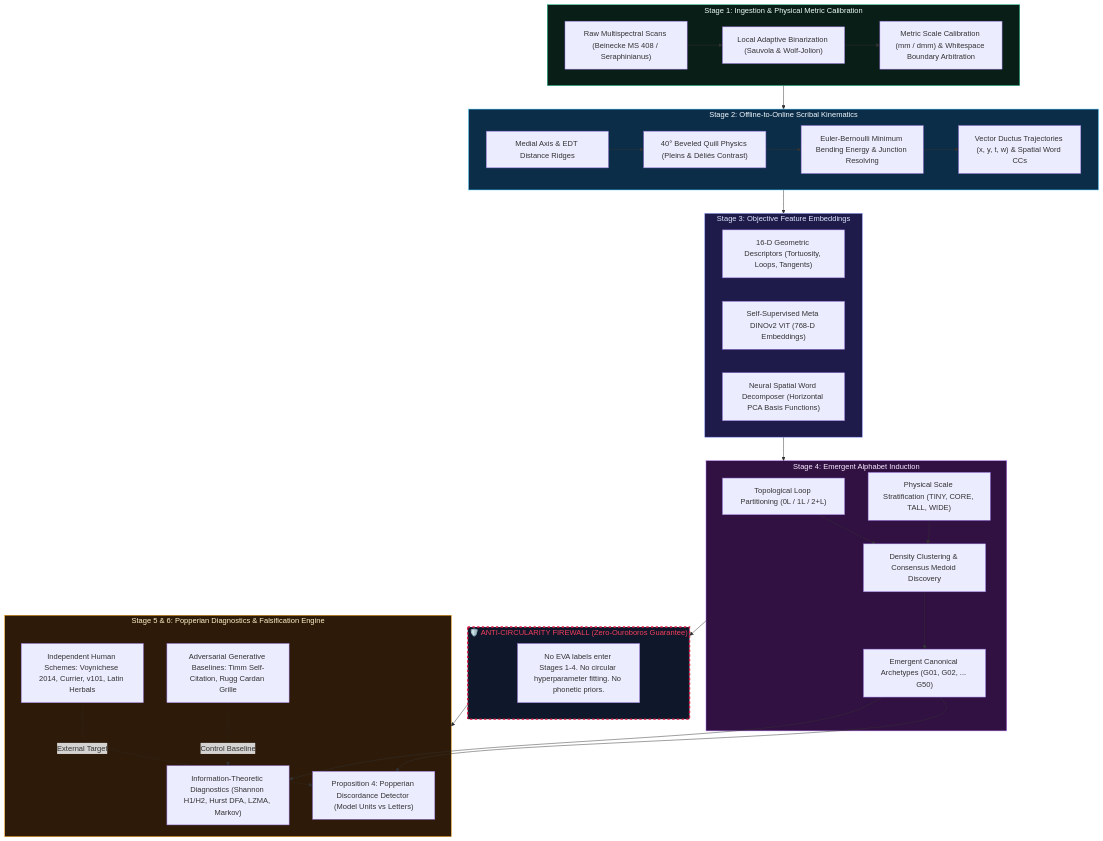
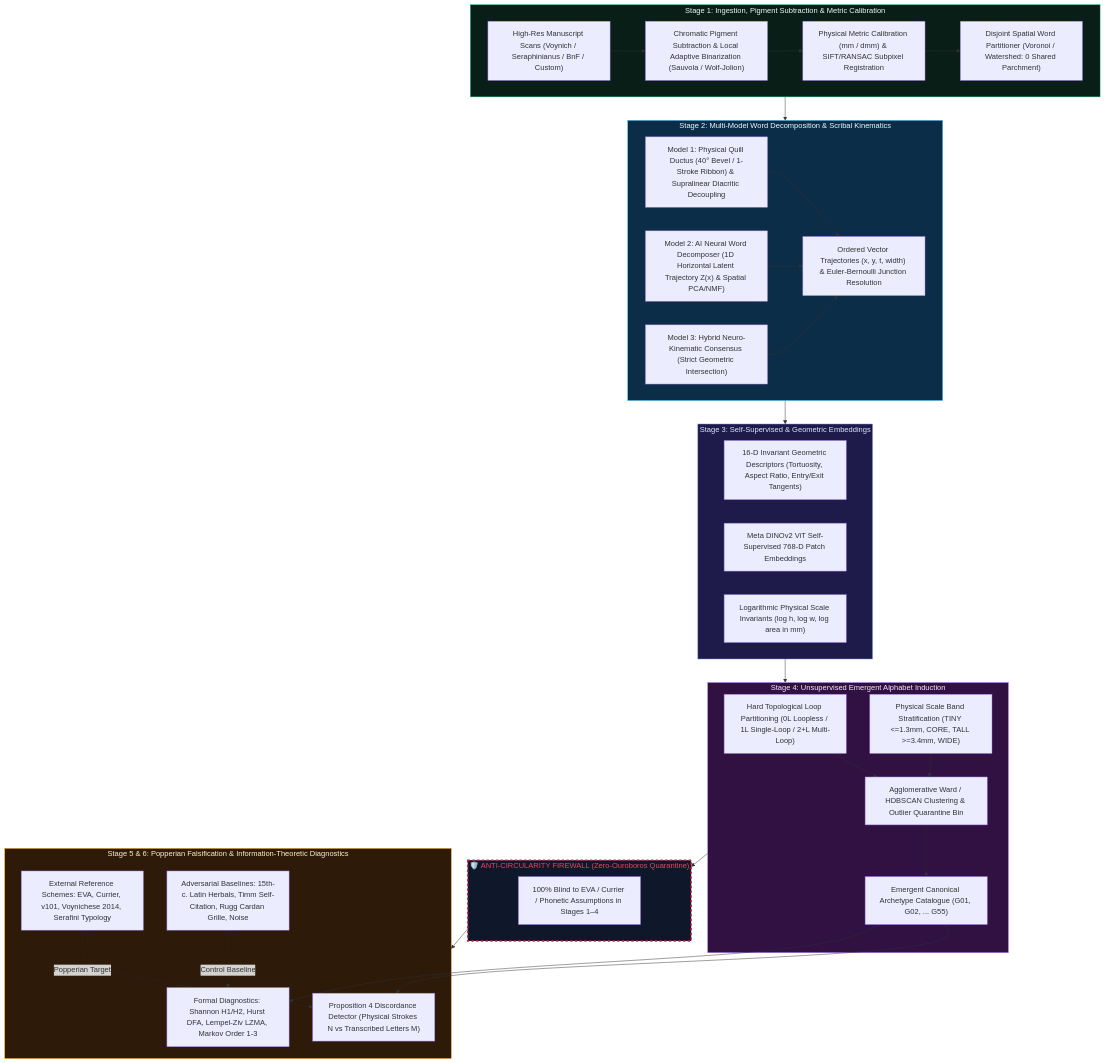
The diagram in README.md (silveremartin-dev/VoynichDuctus), drawn with Mermaid before and after one commit. The commit also changed other lines of this file and 12 other files, not shown here.

Commit message:
docs: rewrite README as experimental multi-codex paleography lab (Voynich, Seraphinianus, extensible) and add UI screenshots

````diff
--- a/README.md
+++ b/README.md
@@ -69,54 +177,59 @@
 ```mermaid
 flowchart TD
-    subgraph S1["Stage 1: Ingestion & Physical Metric Calibration"]
-        A1["Raw Multispectral Scans (Beinecke MS 408 / Seraphinianus)"] --> A2["Local Adaptive Binarization (Sauvola & Wolf-Jolion)"]
-        A2 --> A3["Metric Scale Calibration (mm / dmm) & Whitespace Boundary Arbitration"]
+    subgraph S1["Stage 1: Ingestion, Pigment Subtraction & Metric Calibration"]
+        A1["High-Res Manuscript Scans (Voynich / Seraphinianus / BnF / Custom)"] --> A2["Chromatic Pigment Subtraction & Local Adaptive Binarization (Sauvola / Wolf-Jolion)"]
+        A2 --> A3["Physical Metric Calibration (mm / dmm) & SIFT/RANSAC Subpixel Registration"]
+        A3 --> A4["Disjoint Spatial Word Partitioner (Voronoi / Watershed: 0 Shared Parchment)"]
     end
 
-    subgraph S2["Stage 2: Offline-to-Online Scribal Kinematics"]
-        B1["Medial Axis & EDT Distance Ridges"] --> B2["40° Beveled Quill Physics (Pleins & Déliés Contrast)"]
-        B2 --> B3["Euler-Bernoulli Minimum Bending Energy & Junction Resolving"]
-        B3 --> B4["Vector Ductus Trajectories (x, y, t, w) & Spatial Word CCs"]
+    subgraph S2["Stage 2: Multi-Model Word Decomposition & Scribal Kinematics"]
+        B1["Model 1: Physical Quill Ductus (40° Bevel / 1-Stroke Ribbon) & Supralinear Diacritic Decoupling"]
+        B2["Model 2: AI Neural Word Decomposer (1D Horizontal Latent Trajectory Z(x) & Spatial PCA/NMF)"]
+        B3["Model 3: Hybrid Neuro-Kinematic Consensus (Strict Geometric Intersection)"]
+        B4["Ordered Vector Trajectories (x, y, t, width) & Euler-Bernoulli Junction Resolution"]
+        B1 --> B4
+        B2 --> B4
+        B3 --> B4
     end
 
-    subgraph S3["Stage 3: Objective Feature Embeddings"]
-        C1["16-D Geometric Descriptors (Tortuosity, Loops, Tangents)"]
-        C2["Self-Supervised Meta DINOv2 ViT (768-D Embeddings)"]
-        C3["Neural Spatial Word Decomposer (Horizontal PCA Basis Functions)"]
+    subgraph S3["Stage 3: Self-Supervised & Geometric Embeddings"]
+        C1["16-D Invariant Geometric Descriptors (Tortuosity, Aspect Ratio, Entry/Exit Tangents)"]
+        C2["Meta DINOv2 ViT Self-Supervised 768-D Patch Embeddings"]
+        C3["Logarithmic Physical Scale Invariants (log h, log w, log area in mm)"]
     end
 
-    subgraph S4["Stage 4: Emergent Alphabet Induction"]
-        D1["Topological Loop Partitioning (0L / 1L / 2+L)"]
-        D2["Physical Scale Stratification (TINY, CORE, TALL, WIDE)"]
-        D3["Density Clustering & Consensus Medoid Discovery"]
-        D4["Emergent Canonical Archetypes (G01, G02, ... G50)"]
+    subgraph S4["Stage 4: Unsupervised Emergent Alphabet Induction"]
+        D1["Hard Topological Loop Partitioning (0L Loopless / 1L Single-Loop / 2+L Multi-Loop)"]
+        D2["Physical Scale Band Stratification (TINY <=1.3mm, CORE, TALL >=3.4mm, WIDE)"]
+        D3["Agglomerative Ward / HDBSCAN Clustering & Outlier Quarantine Bin"]
+        D4["Emergent Canonical Archetype Catalogue (G01, G02, ... G55)"]
         D1 --> D3 --> D4
         D2 --> D3
     end
 
-    subgraph FIREWALL["🛡️ ANTI-CIRCULARITY FIREWALL (Zero-Ouroboros Guarantee)"]
+    subgraph FIREWALL["🛡️ ANTI-CIRCULARITY FIREWALL (Zero-Ouroboros Quarantine)"]
         direction LR
-        FW["No EVA labels enter Stages 1-4. No circular hyperparameter fitting. No phonetic priors."]
+        FW["100% Blind to EVA / Currier / Phonetic Assumptions in Stages 1–4"]
     end
 
-    subgraph S5["Stage 5 & 6: Popperian Diagnostics & Falsification Engine"]
-        E1["Proposition 4: Popperian Discordance Detector (Model Units vs Letters)"]
-        E2["Information-Theoretic Diagnostics (Shannon H1/H2, Hurst DFA, LZMA, Markov)"]
-        E3["Independent Human Schemes: Voynichese 2014, Currier, v101, Latin Herbals"]
-        E4["Adversarial Generative Baselines: Timm Self-Citation, Rugg Cardan Grille"]
+    subgraph S5["Stage 5 & 6: Popperian Falsification & Information-Theoretic Diagnostics"]
+        E1["Proposition 4 Discordance Detector (Physical Strokes N vs Transcribed Letters M)"]
+        E2["Formal Diagnostics: Shannon H1/H2, Hurst DFA, Lempel-Ziv LZMA, Markov Order 1-3"]
+        E3["External Reference Schemes: EVA, Currier, v101, Voynichese 2014, Serafini Typology"]
+        E4["Adversarial Baselines: 15th-c. Latin Herbals, Timm Self-Citation, Rugg Cardan Grille, Noise"]
         D4 --> E1
         D4 --> E2
-        E3 -.->|External Target| E1
+        E3 -.->|Popperian Target| E1
         E4 -.->|Control Baseline| E2
     end
 
     S1 --> S2 --> S3 --> S4
     S4 --> FIREWALL --> S5
 
     style FIREWALL fill:#0f172a,stroke:#e11d48,stroke-width:3px,stroke-dasharray: 5 5,color:#f43f5e
     style S1 fill:#091e17,stroke:#10b981,color:#ecfdf5
     style S2 fill:#0c2d48,stroke:#38bdf8,color:#f0f9ff
     style S3 fill:#1e1b4b,stroke:#818cf8,color:#e0e7ff
     style S4 fill:#311042,stroke:#c084fc,color:#fae8ff
     style S5 fill:#2d1a08,stroke:#f59e0b,color:#fef3c7
 ```
````
